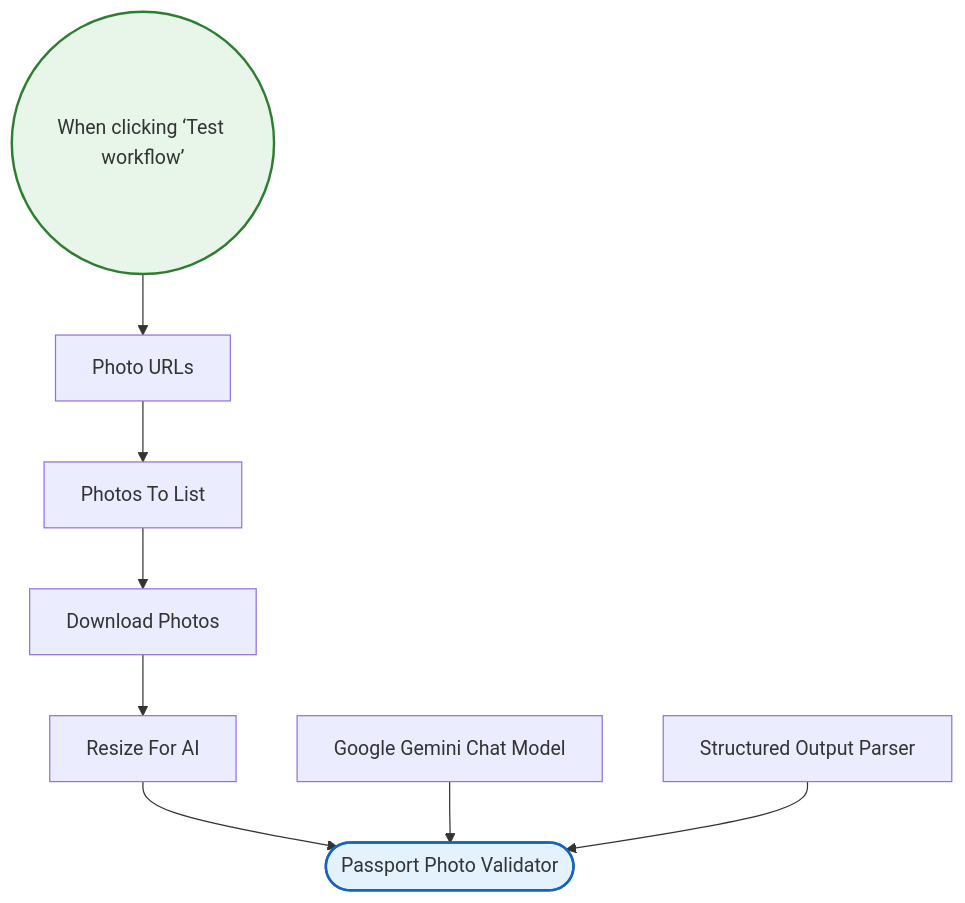
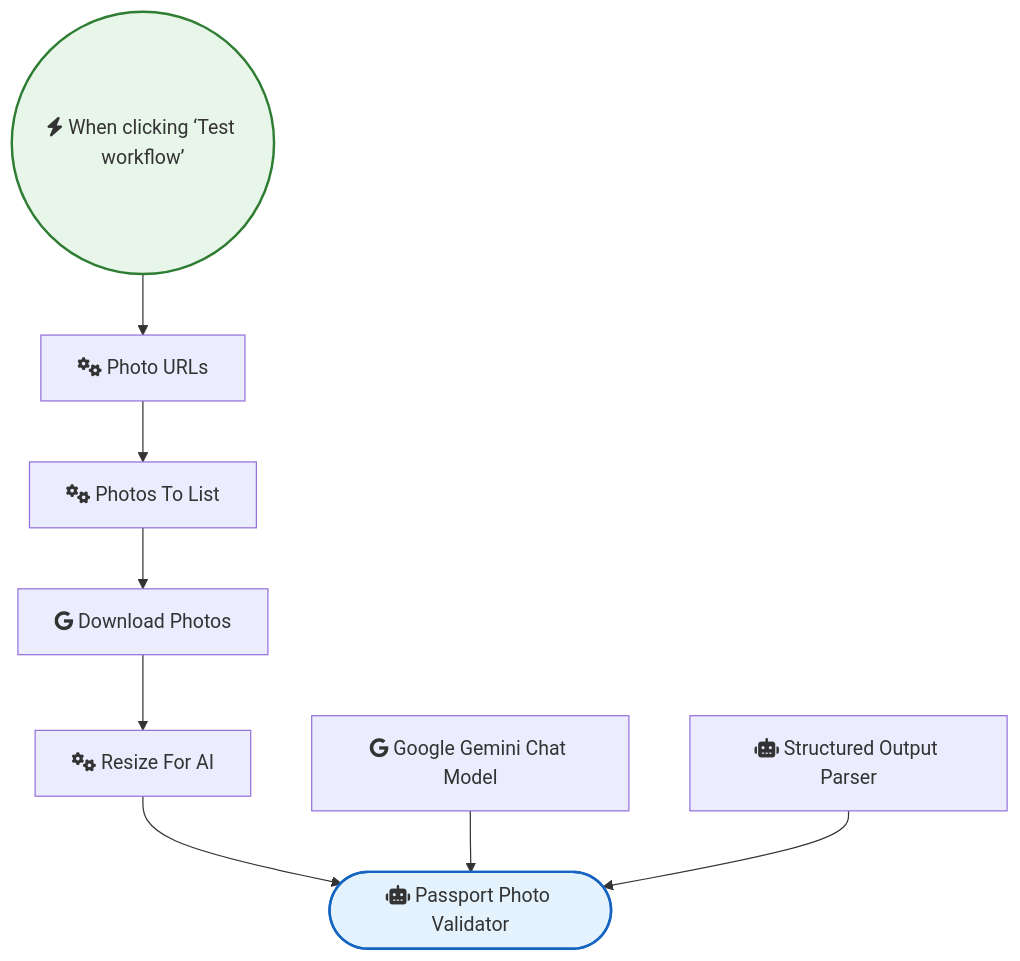
Before and after one commit to sreyash3105/N8N-DEMO-AUTOMATIONS: the diagram in OpenAI_and_LLMs/Automate Image Validation Tasks using AI Vision.md, drawn with Mermaid. The commit also changed 291 other files, not shown here.

````diff
--- a/OpenAI_and_LLMs/Automate Image Validation Tasks using AI Vision.md
+++ b/OpenAI_and_LLMs/Automate Image Validation Tasks using AI Vision.md
@@ -1,23 +1,23 @@
 ```mermaid
 graph TD
     classDef trigger fill:#e8f5e9,stroke:#2e7d32,stroke-width:2px;
     classDef ai fill:#e3f2fd,stroke:#1565c0,stroke-width:2px;
     classDef logic fill:#fff3e0,stroke:#ef6c00,stroke-width:2px;
 
-    When_clicking__Test_workflow_(("When clicking ‘Test workflow’")):::trigger
-    Structured_Output_Parser["Structured Output Parser"]
-    Photo_URLs["Photo URLs"]
-    Photos_To_List["Photos To List"]
-    Download_Photos["Download Photos"]
-    Resize_For_AI["Resize For AI"]
-    Passport_Photo_Validator(["Passport Photo Validator"]):::ai
-    Google_Gemini_Chat_Model["Google Gemini Chat Model"]
+    When_clicking__Test_workflow_(("fas:fa-bolt When clicking ‘Test workflow’")):::trigger
+    Structured_Output_Parser["fas:fa-robot Structured Output Parser"]
+    Photo_URLs["fas:fa-cogs Photo URLs"]
+    Photos_To_List["fas:fa-cogs Photos To List"]
+    Download_Photos["fab:fa-google Download Photos"]
+    Resize_For_AI["fas:fa-cogs Resize For AI"]
+    Passport_Photo_Validator(["fas:fa-robot Passport Photo Validator"]):::ai
+    Google_Gemini_Chat_Model["fab:fa-google Google Gemini Chat Model"]
 
     Photo_URLs --> Photos_To_List
     Resize_For_AI --> Passport_Photo_Validator
     Photos_To_List --> Download_Photos
     Download_Photos --> Resize_For_AI
     Google_Gemini_Chat_Model --> Passport_Photo_Validator
     Structured_Output_Parser --> Passport_Photo_Validator
     When_clicking__Test_workflow_ --> Photo_URLs
 ```
````
